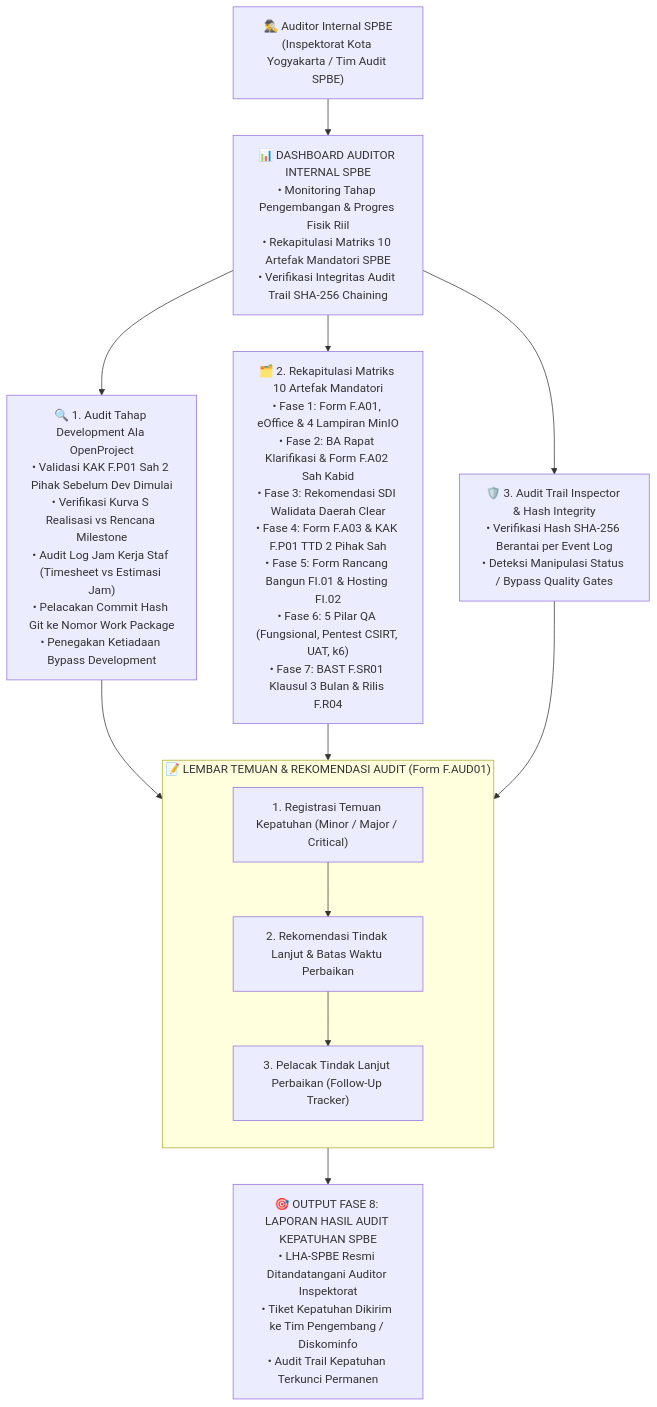
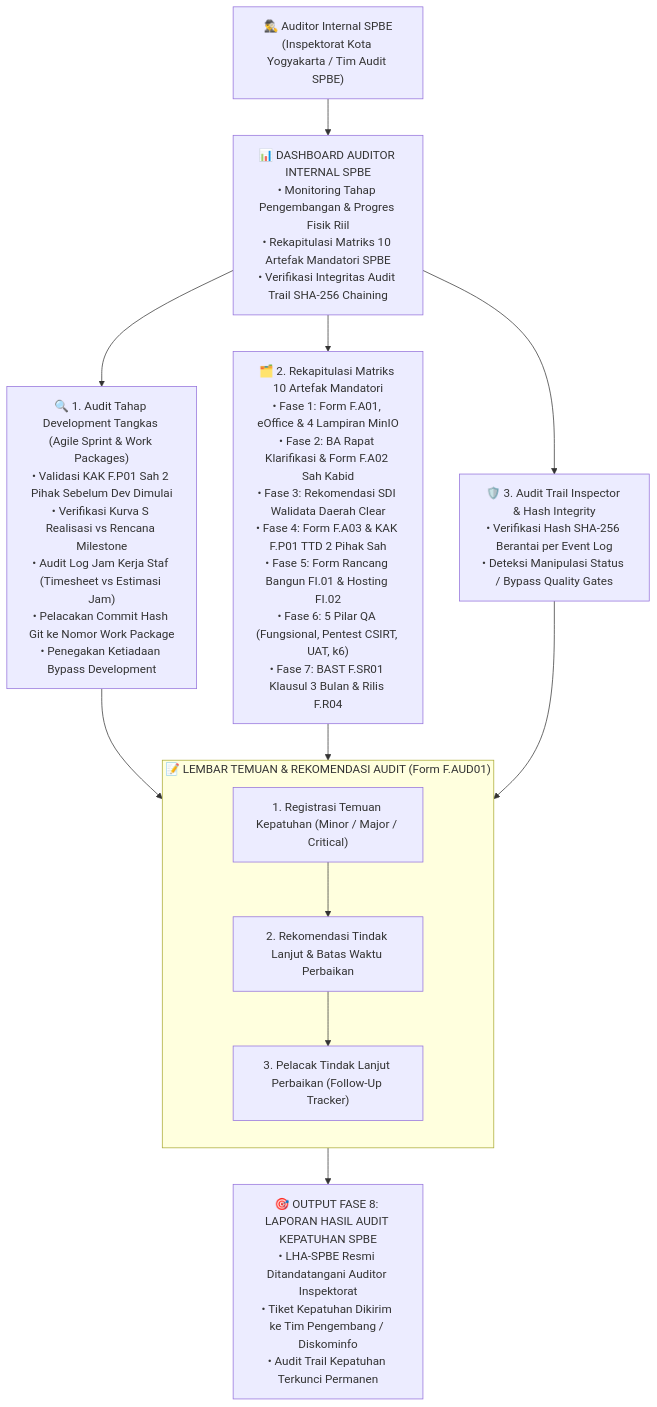
The eighth of 10 diagrams in Blueprint.md (bimasulistyaw-hash/mpti), drawn with Mermaid before and after one commit. The commit also changed other lines of this file, not shown here.

Commit message:
refactor(blueprint): ganti terminologi OpenProject menjadi Workspace Pengembangan Tangkas (Agile Sprint & Work Packages)

````diff
--- a/Blueprint.md
+++ b/Blueprint.md
@@ -403,26 +403,26 @@
   ```mermaid
   flowchart TD
       Auditor["🕵️‍♂️ Auditor Internal SPBE<br/>(Inspektorat Kota Yogyakarta / Tim Audit SPBE)"]
       
       Auditor --> DashAuditor["📊 DASHBOARD AUDITOR INTERNAL SPBE<br/>• Monitoring Tahap Pengembangan & Progres Fisik Riil<br/>• Rekapitulasi Matriks 10 Artefak Mandatori SPBE<br/>• Verifikasi Integritas Audit Trail SHA-256 Chaining"]
       
-      DashAuditor --> CheckDev["🔍 1. Audit Tahap Development Ala OpenProject<br/>• Validasi KAK F.P01 Sah 2 Pihak Sebelum Dev Dimulai<br/>• Verifikasi Kurva S Realisasi vs Rencana Milestone<br/>• Audit Log Jam Kerja Staf (Timesheet vs Estimasi Jam)<br/>• Pelacakan Commit Hash Git ke Nomor Work Package<br/>• Penegakan Ketiadaan Bypass Development"]
+      DashAuditor --> CheckDev["🔍 1. Audit Tahap Development Tangkas (Agile Sprint & Work Packages)<br/>• Validasi KAK F.P01 Sah 2 Pihak Sebelum Dev Dimulai<br/>• Verifikasi Kurva S Realisasi vs Rencana Milestone<br/>• Audit Log Jam Kerja Staf (Timesheet vs Estimasi Jam)<br/>• Pelacakan Commit Hash Git ke Nomor Work Package<br/>• Penegakan Ketiadaan Bypass Development"]
       
       DashAuditor --> CheckArtifacts["🗂️ 2. Rekapitulasi Matriks 10 Artefak Mandatori<br/>• Fase 1: Form F.A01, eOffice & 4 Lampiran MinIO<br/>• Fase 2: BA Rapat Klarifikasi & Form F.A02 Sah Kabid<br/>• Fase 3: Rekomendasi SDI Walidata Daerah Clear<br/>• Fase 4: Form F.A03 & KAK F.P01 TTD 2 Pihak Sah<br/>• Fase 5: Form Rancang Bangun FI.01 & Hosting FI.02<br/>• Fase 6: 5 Pilar QA (Fungsional, Pentest CSIRT, UAT, k6)<br/>• Fase 7: BAST F.SR01 Klausul 3 Bulan & Rilis F.R04"]
       
       DashAuditor --> CheckAuditTrail["🛡️ 3. Audit Trail Inspector & Hash Integrity<br/>• Verifikasi Hash SHA-256 Berantai per Event Log<br/>• Deteksi Manipulasi Status / Bypass Quality Gates"]
       
       CheckDev --> FormAudit
       CheckArtifacts --> FormAudit
       CheckAuditTrail --> FormAudit
       
       subgraph FormAudit ["📝 LEMBAR TEMUAN & REKOMENDASI AUDIT (Form F.AUD01)"]
           direction TB
           FA1["1. Registrasi Temuan Kepatuhan (Minor / Major / Critical)"]
           FA2["2. Rekomendasi Tindak Lanjut & Batas Waktu Perbaikan"]
           FA3["3. Pelacak Tindak Lanjut Perbaikan (Follow-Up Tracker)"]
           FA1 --> FA2 --> FA3
       end
       
       FormAudit --> OutFase8["🎯 OUTPUT FASE 8: LAPORAN HASIL AUDIT KEPATUHAN SPBE<br/>• LHA-SPBE Resmi Ditandatangani Auditor Inspektorat<br/>• Tiket Kepatuhan Dikirim ke Tim Pengembang / Diskominfo<br/>• Audit Trail Kepatuhan Terkunci Permanen"]
   ```
````
